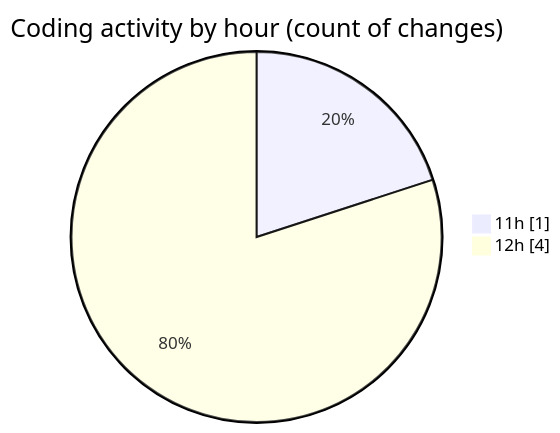
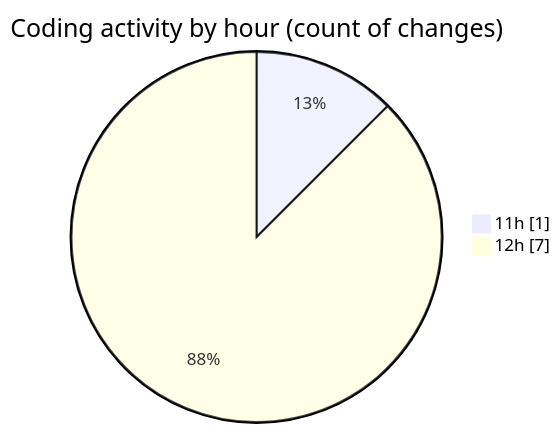
Before and after one commit to ricardozamudiocil/code-tracking: the second of 2 diagrams in 2026-04-28/cilreports__workspace_/README.md, drawn with Mermaid. The commit also changed other lines of this file and 1 other file, not shown here.

````diff
--- a/2026-04-28/cilreports__workspace_/README.md
+++ b/2026-04-28/cilreports__workspace_/README.md
@@ -28,6 +28,6 @@
 ```mermaid
 pie showData
 title Coding activity by hour (count of changes)
 "11h" : 1
-"12h" : 4
+"12h" : 7
 ```
````
